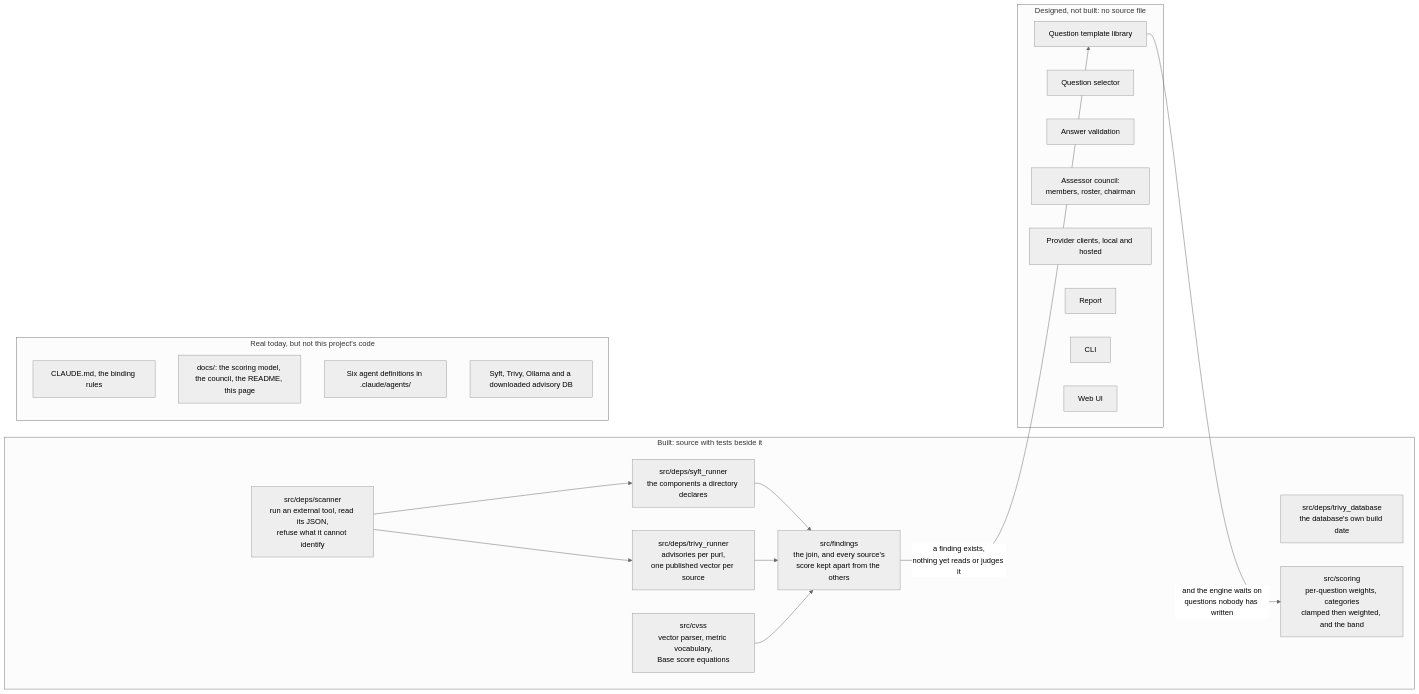
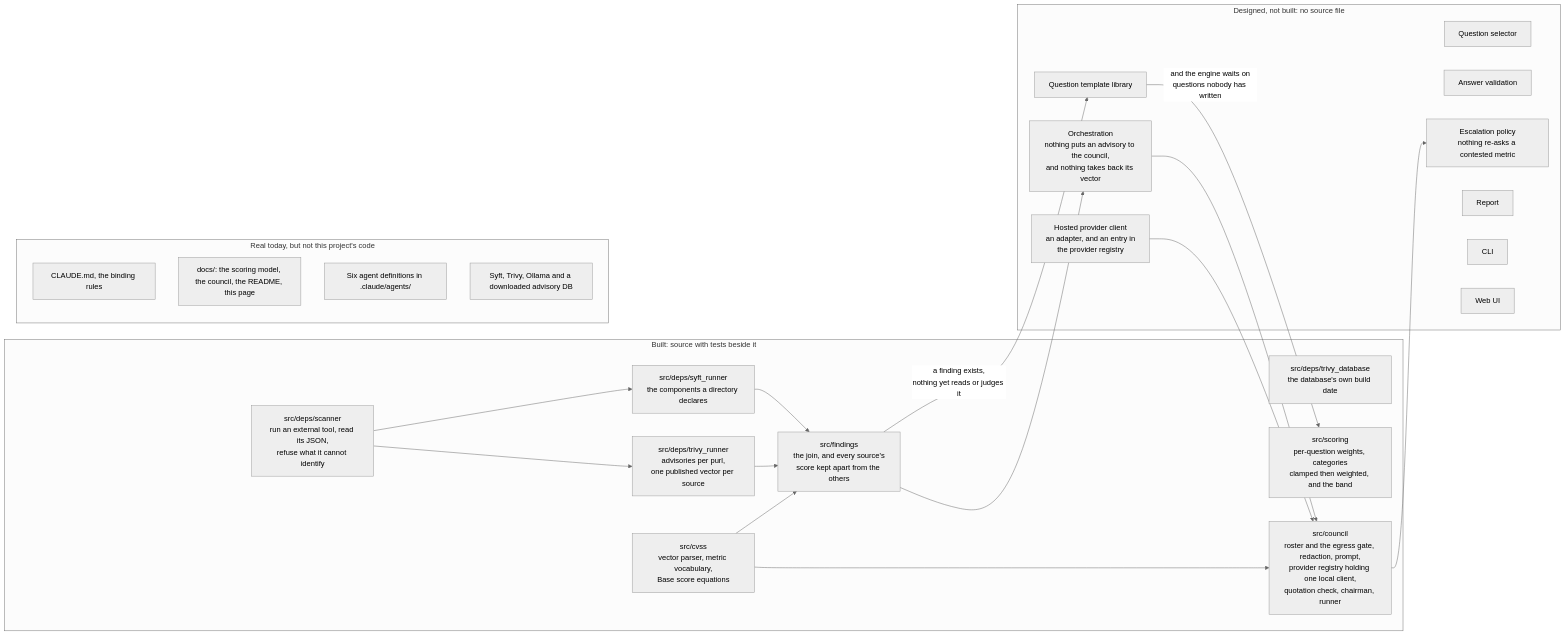
One commit to heinthtnaung/AgenticLLMAppAuditor changed the fifth of 5 diagrams in docs/diagrams.md. Above: the diagram before and after it, drawn with Mermaid (neutral theme). The commit also changed other lines of this file and 34 other files, not shown here.

First line of the commit message:
Add the assessor council

````diff
--- a/docs/diagrams.md
+++ b/docs/diagrams.md
@@ -312,38 +337,45 @@
 ```mermaid
 flowchart LR
     subgraph BUILT["Built: source with tests beside it"]
         b0["src/deps/scanner<br/>run an external tool, read its JSON,<br/>refuse what it cannot identify"]
         b1["src/deps/syft_runner<br/>the components a directory declares"]
         b2["src/deps/trivy_runner<br/>advisories per purl,<br/>one published vector per source"]
         b3["src/deps/trivy_database<br/>the database's own build date"]
         b4["src/cvss<br/>vector parser, metric vocabulary,<br/>Base score equations"]
         b5["src/findings<br/>the join, and every source's<br/>score kept apart from the others"]
         b6["src/scoring<br/>per-question weights, categories<br/>clamped then weighted, and the band"]
+        b7["src/council<br/>roster and the egress gate, redaction, prompt,<br/>provider registry holding one local client,<br/>quotation check, chairman, runner"]
         b0 --> b1
         b0 --> b2
         b1 --> b5
         b2 --> b5
         b4 --> b5
+        b4 --> b7
     end
 
     subgraph UNBUILT["Designed, not built: no source file"]
         d1["Question template library"]
         d2["Question selector"]
         d3["Answer validation"]
-        d5["Assessor council:<br/>members, roster, chairman"]
-        d6["Provider clients, local and hosted"]
+        d6["Hosted provider client<br/>an adapter, and an entry in<br/>the provider registry"]
+        d10["Orchestration<br/>nothing puts an advisory to the council,<br/>and nothing takes back its vector"]
+        d11["Escalation policy<br/>nothing re-asks a contested metric"]
         d7["Report"]
         d8["CLI"]
         d9["Web UI"]
     end
 
     b5 -- "a finding exists,<br/>nothing yet reads or judges it" --> d1
     d1 -- "and the engine waits on<br/>questions nobody has written" --> b6
+    b5 --> d10
+    d10 --> b7
+    b7 --> d11
+    d6 --> b7
 
     subgraph REAL["Real today, but not this project's code"]
         x1["CLAUDE.md, the binding rules"]
         x2["docs/: the scoring model, the council, the README, this page"]
         x3["Six agent definitions in .claude/agents/"]
         x4["Syft, Trivy, Ollama and a downloaded advisory DB"]
     end
 ```
````
